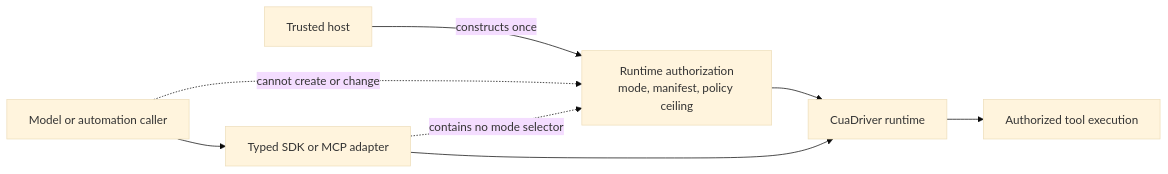
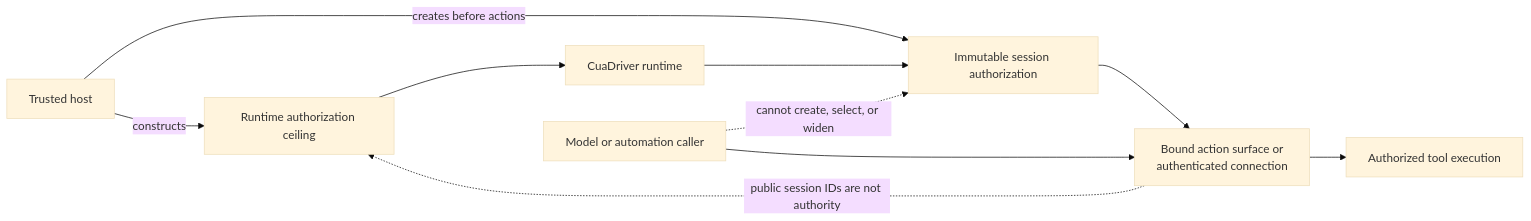
Before and after one commit to trycua/cua: the fifth of 9 diagrams in libs/cua-driver/docs/sdk-first-runtime-north-star.md, drawn with Mermaid (base theme). The commit also changed other lines of this file and 1 other file, not shown here.

Commit message:
docs: make permission modes portable session contexts

````diff
--- a/libs/cua-driver/docs/sdk-first-runtime-north-star.md
+++ b/libs/cua-driver/docs/sdk-first-runtime-north-star.md
@@ -193,17 +202,20 @@
 ```mermaid
 flowchart LR
     HOST["Trusted host"]
-    CONFIG["Runtime authorization<br/>mode, manifest, policy ceiling"]
+    CEILING["Runtime authorization ceiling"]
     RUNTIME["CuaDriver runtime"]
-    ADAPTER["Typed SDK or MCP adapter"]
+    SESSION["Immutable session authorization"]
+    BINDING["Bound action surface or<br/>authenticated connection"]
     MODEL["Model or automation caller"]
     TOOLS["Authorized tool execution"]
 
-    HOST -->|"constructs once"| CONFIG
-    CONFIG --> RUNTIME
-    MODEL --> ADAPTER --> RUNTIME
-    RUNTIME --> TOOLS
+    HOST -->|"constructs"| CEILING
+    CEILING --> RUNTIME
+    HOST -->|"creates before actions"| SESSION
+    RUNTIME --> SESSION
+    SESSION --> BINDING
+    MODEL --> BINDING --> TOOLS
 
-    MODEL -.->|"cannot create or change"| CONFIG
-    ADAPTER -.->|"contains no mode selector"| CONFIG
+    MODEL -.->|"cannot create, select, or widen"| SESSION
+    BINDING -.->|"public session IDs are not authority"| CEILING
 ```
````
